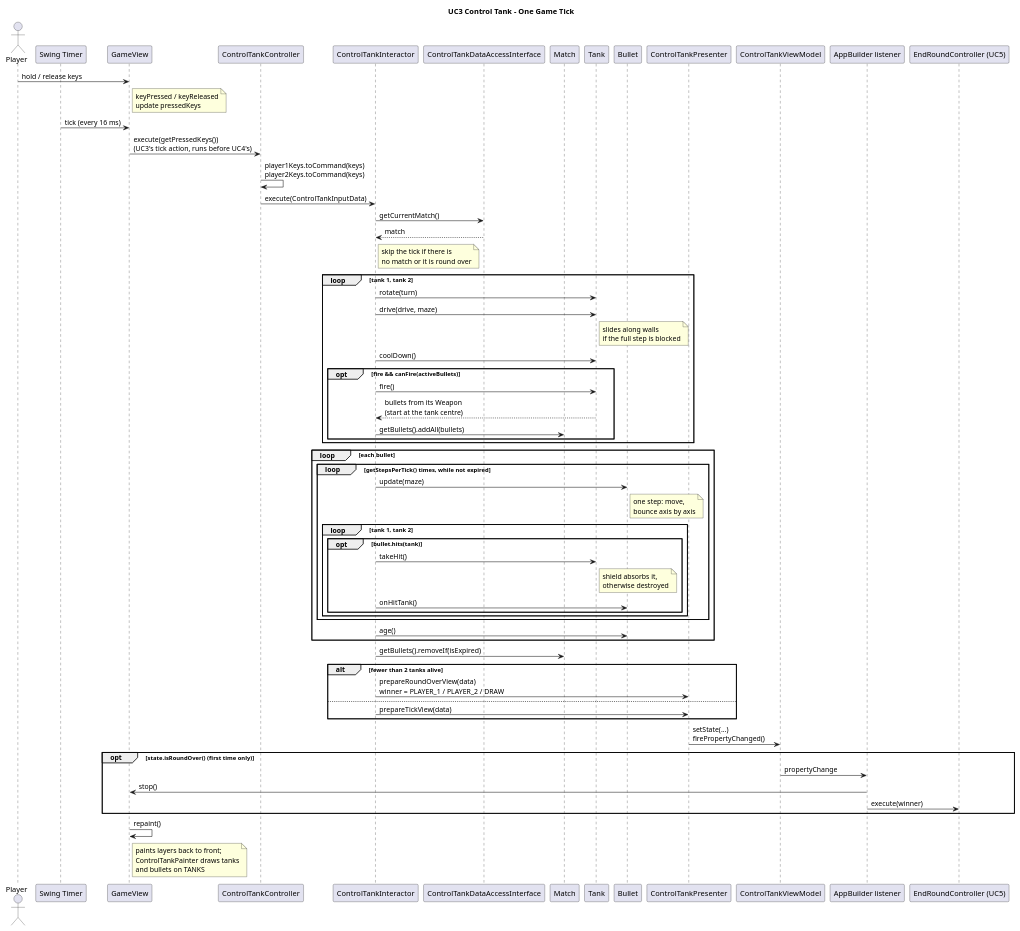
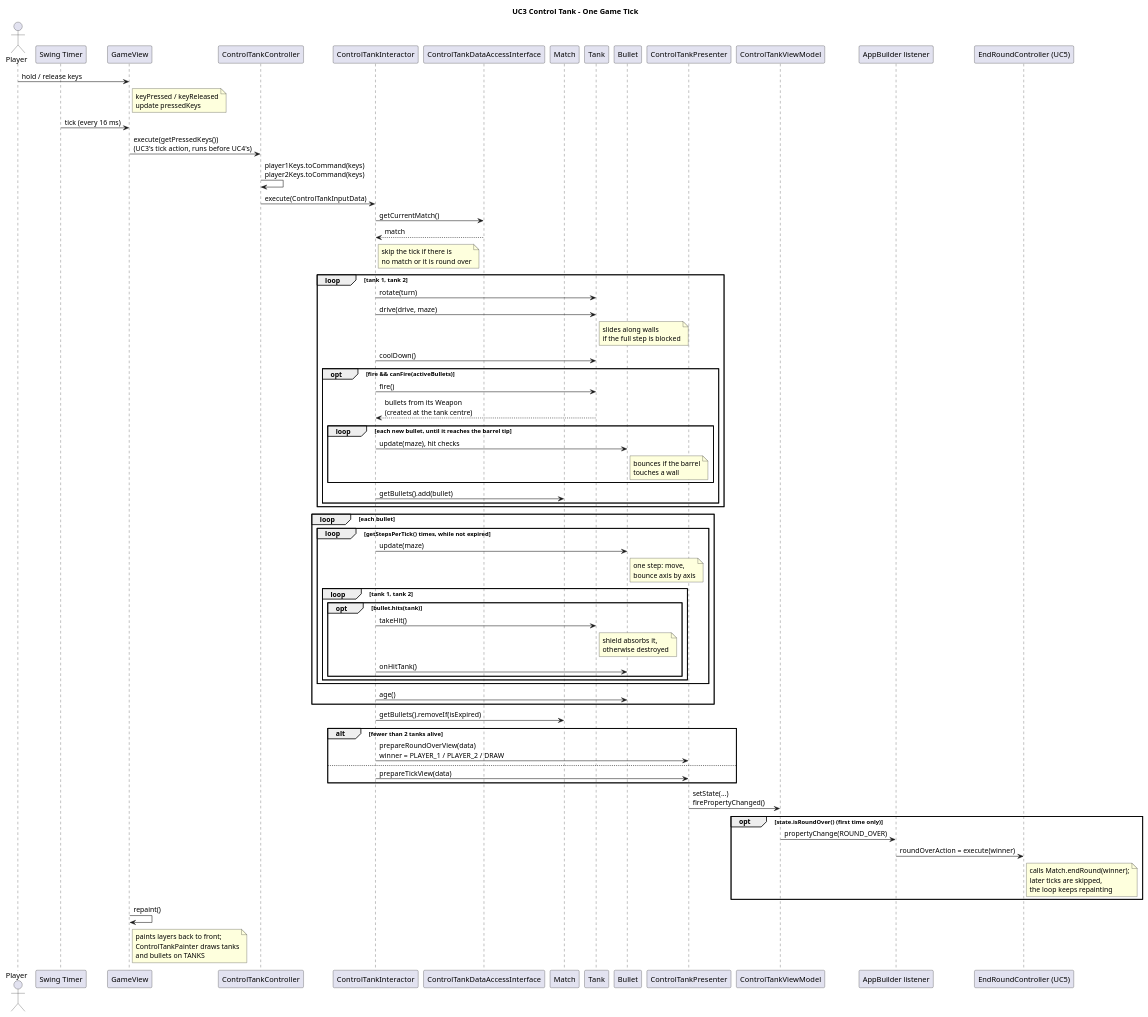
Before and after one commit to SIMBAT6/csc207-tank-game: the diagram in docs/diagrams/uc3-control-tank-sequence.puml, drawn with PlantUML. The commit also changed 3 other files, not shown here.

```diff
--- a/docs/diagrams/uc3-control-tank-sequence.puml
+++ b/docs/diagrams/uc3-control-tank-sequence.puml
@@ -1,73 +1,77 @@
 @startuml uc3-control-tank-sequence
 title UC3 Control Tank - One Game Tick
 
 actor Player
 participant "Swing Timer" as Timer
 participant GameView
 participant ControlTankController as Controller
 participant ControlTankInteractor as Interactor
 participant "ControlTankDataAccessInterface" as DAO
 participant Match
 participant Tank
 participant Bullet
 participant ControlTankPresenter as Presenter
 participant ControlTankViewModel as ViewModel
 participant "AppBuilder listener" as Wiring
 participant "EndRoundController (UC5)" as EndRound
 
 Player -> GameView : hold / release keys
 note right of GameView : keyPressed / keyReleased\nupdate pressedKeys
 
 Timer -> GameView : tick (every 16 ms)
 GameView -> Controller : execute(getPressedKeys())\n(UC3's tick action, runs before UC4's)
 Controller -> Controller : player1Keys.toCommand(keys)\nplayer2Keys.toCommand(keys)
 Controller -> Interactor : execute(ControlTankInputData)
 Interactor -> DAO : getCurrentMatch()
 DAO --> Interactor : match
 note right of Interactor : skip the tick if there is\nno match or it is round over
 
 loop tank 1, tank 2
   Interactor -> Tank : rotate(turn)
   Interactor -> Tank : drive(drive, maze)
   note right of Tank : slides along walls\nif the full step is blocked
   Interactor -> Tank : coolDown()
   opt fire && canFire(activeBullets)
     Interactor -> Tank : fire()
-    Tank --> Interactor : bullets from its Weapon\n(start at the tank centre)
-    Interactor -> Match : getBullets().addAll(bullets)
+    Tank --> Interactor : bullets from its Weapon\n(created at the tank centre)
+    loop each new bullet, until it reaches the barrel tip
+      Interactor -> Bullet : update(maze), hit checks
+      note right of Bullet : bounces if the barrel\ntouches a wall
+    end
+    Interactor -> Match : getBullets().add(bullet)
   end
 end
 
 loop each bullet
   loop getStepsPerTick() times, while not expired
     Interactor -> Bullet : update(maze)
     note right of Bullet : one step: move,\nbounce axis by axis
     loop tank 1, tank 2
       opt bullet.hits(tank)
         Interactor -> Tank : takeHit()
         note right of Tank : shield absorbs it,\notherwise destroyed
         Interactor -> Bullet : onHitTank()
       end
     end
   end
   Interactor -> Bullet : age()
 end
 Interactor -> Match : getBullets().removeIf(isExpired)
 
 alt fewer than 2 tanks alive
   Interactor -> Presenter : prepareRoundOverView(data)\nwinner = PLAYER_1 / PLAYER_2 / DRAW
 else
   Interactor -> Presenter : prepareTickView(data)
 end
 Presenter -> ViewModel : setState(...)\nfirePropertyChanged()
 
 opt state.isRoundOver() (first time only)
-  ViewModel -> Wiring : propertyChange
-  Wiring -> GameView : stop()
-  Wiring -> EndRound : execute(winner)
+  ViewModel -> Wiring : propertyChange(ROUND_OVER)
+  Wiring -> EndRound : roundOverAction = execute(winner)
+  note right of EndRound : calls Match.endRound(winner);\nlater ticks are skipped,\nthe loop keeps repainting
 end
 
 GameView -> GameView : repaint()
 note right of GameView : paints layers back to front;\nControlTankPainter draws tanks\nand bullets on TANKS
 
 @enduml
```
